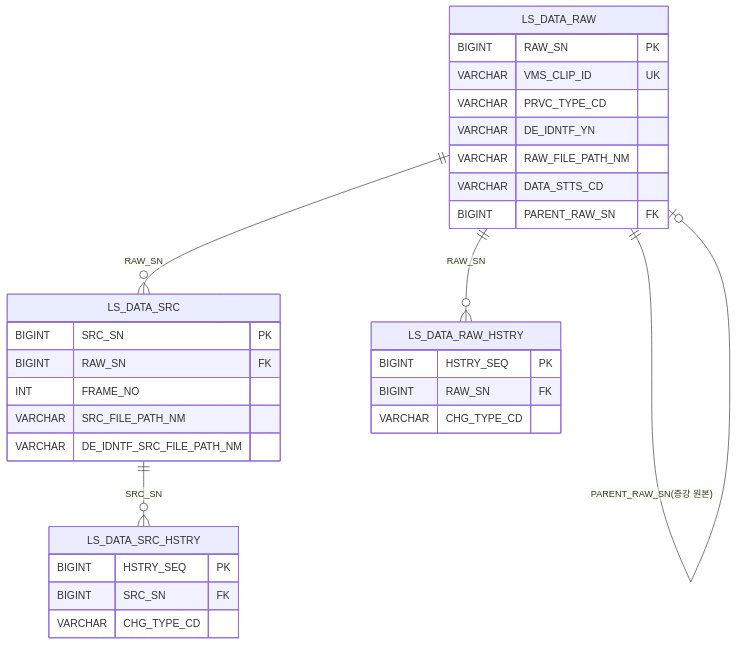
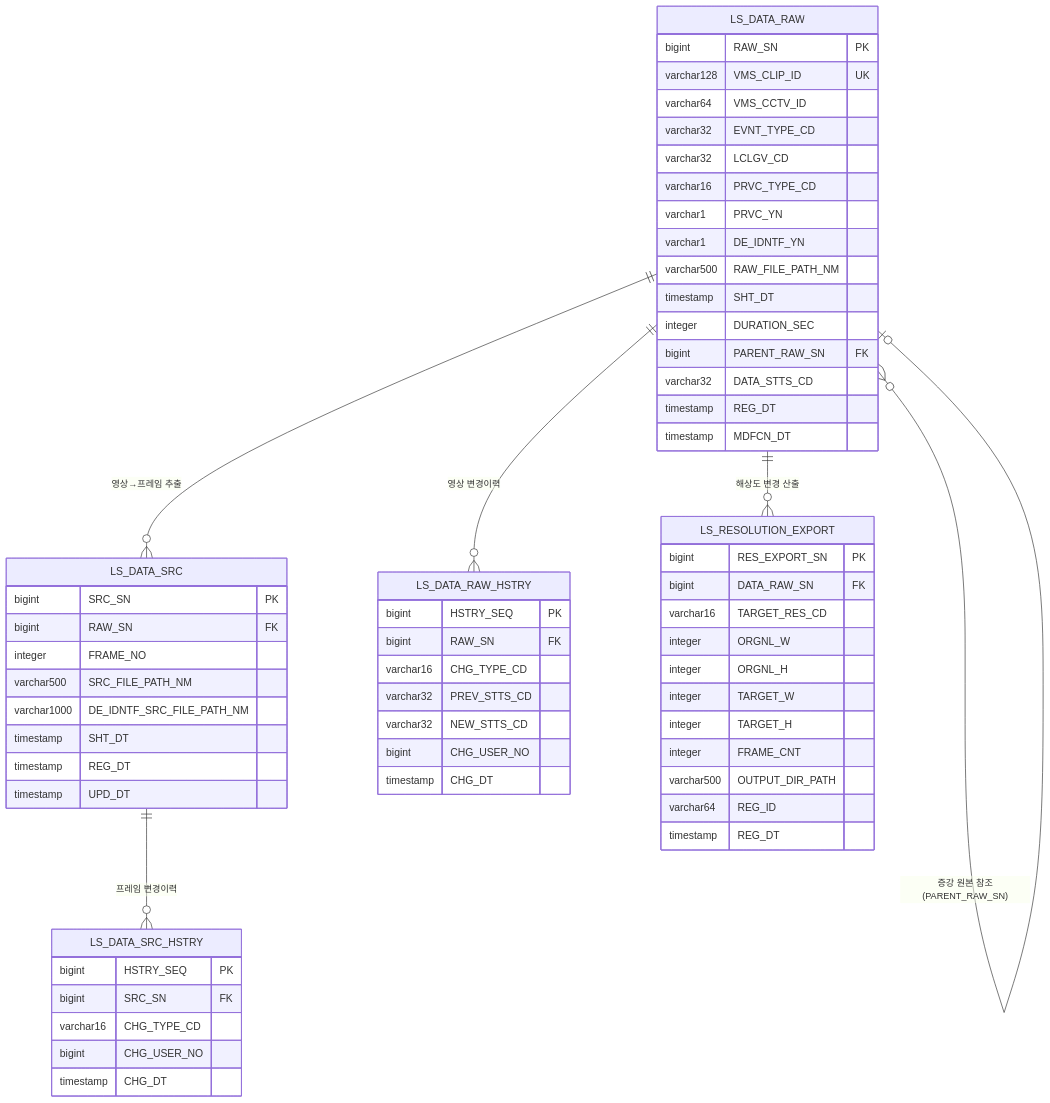
The third of 12 diagrams in docs/design/D8-엔티티관계모형설계서.md (New-stella/klid-label), drawn with Mermaid before and after one commit. The commit also changed other lines of this file and 9 other files, not shown here.

````diff
--- a/docs/design/D8-엔티티관계모형설계서.md
+++ b/docs/design/D8-엔티티관계모형설계서.md
@@ -57,34 +195,65 @@
 ```mermaid
 erDiagram
-    LS_DATA_RAW ||--o{ LS_DATA_SRC : "RAW_SN"
-    LS_DATA_RAW ||--o{ LS_DATA_RAW_HSTRY : "RAW_SN"
-    LS_DATA_RAW ||--o| LS_DATA_RAW : "PARENT_RAW_SN(증강 원본)"
-    LS_DATA_SRC ||--o{ LS_DATA_SRC_HSTRY : "SRC_SN"
-
     LS_DATA_RAW {
-        BIGINT RAW_SN PK
-        VARCHAR VMS_CLIP_ID UK
-        VARCHAR PRVC_TYPE_CD
-        VARCHAR DE_IDNTF_YN
-        VARCHAR RAW_FILE_PATH_NM
-        VARCHAR DATA_STTS_CD
-        BIGINT PARENT_RAW_SN FK
+        bigint RAW_SN PK
+        varchar128 VMS_CLIP_ID UK
+        varchar64 VMS_CCTV_ID
+        varchar32 EVNT_TYPE_CD
+        varchar32 LCLGV_CD
+        varchar16 PRVC_TYPE_CD
+        varchar1 PRVC_YN
+        varchar1 DE_IDNTF_YN
+        varchar500 RAW_FILE_PATH_NM
+        timestamp SHT_DT
+        integer DURATION_SEC
+        bigint PARENT_RAW_SN FK
+        varchar32 DATA_STTS_CD
+        timestamp REG_DT
+        timestamp MDFCN_DT
     }
     LS_DATA_SRC {
-        BIGINT SRC_SN PK
-        BIGINT RAW_SN FK
-        INT FRAME_NO
-        VARCHAR SRC_FILE_PATH_NM
-        VARCHAR DE_IDNTF_SRC_FILE_PATH_NM
+        bigint SRC_SN PK
+        bigint RAW_SN FK
+        integer FRAME_NO
+        varchar500 SRC_FILE_PATH_NM
+        varchar1000 DE_IDNTF_SRC_FILE_PATH_NM
+        timestamp SHT_DT
+        timestamp REG_DT
+        timestamp UPD_DT
     }
     LS_DATA_RAW_HSTRY {
-        BIGINT HSTRY_SEQ PK
-        BIGINT RAW_SN FK
-        VARCHAR CHG_TYPE_CD
+        bigint HSTRY_SEQ PK
+        bigint RAW_SN FK
+        varchar16 CHG_TYPE_CD
+        varchar32 PREV_STTS_CD
+        varchar32 NEW_STTS_CD
+        bigint CHG_USER_NO
+        timestamp CHG_DT
     }
     LS_DATA_SRC_HSTRY {
-        BIGINT HSTRY_SEQ PK
-        BIGINT SRC_SN FK
-        VARCHAR CHG_TYPE_CD
+        bigint HSTRY_SEQ PK
+        bigint SRC_SN FK
+        varchar16 CHG_TYPE_CD
+        bigint CHG_USER_NO
+        timestamp CHG_DT
     }
+    LS_RESOLUTION_EXPORT {
+        bigint RES_EXPORT_SN PK
+        bigint DATA_RAW_SN FK
+        varchar16 TARGET_RES_CD
+        integer ORGNL_W
+        integer ORGNL_H
+        integer TARGET_W
+        integer TARGET_H
+        integer FRAME_CNT
+        varchar500 OUTPUT_DIR_PATH
+        varchar64 REG_ID
+        timestamp REG_DT
+    }
+
+    LS_DATA_RAW ||--o{ LS_DATA_SRC : "영상→프레임 추출"
+    LS_DATA_RAW ||--o{ LS_DATA_RAW_HSTRY : "영상 변경이력"
+    LS_DATA_RAW ||--o{ LS_RESOLUTION_EXPORT : "해상도 변경 산출"
+    LS_DATA_SRC ||--o{ LS_DATA_SRC_HSTRY : "프레임 변경이력"
+    LS_DATA_RAW }o--o| LS_DATA_RAW : "증강 원본 참조(PARENT_RAW_SN)"
 ```
````
